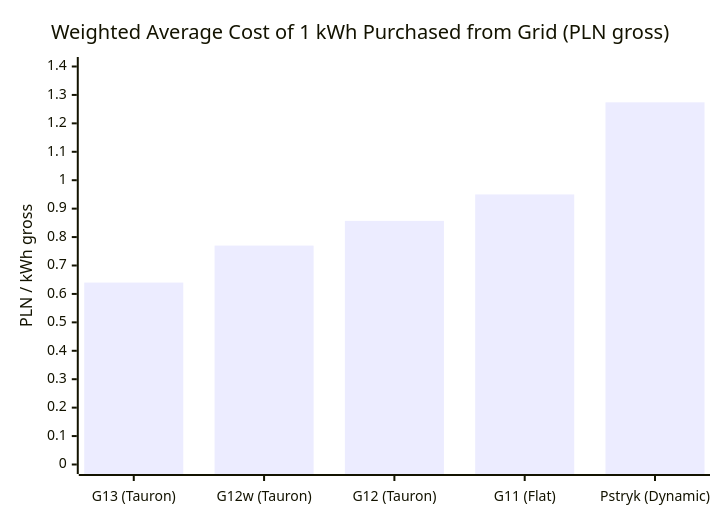
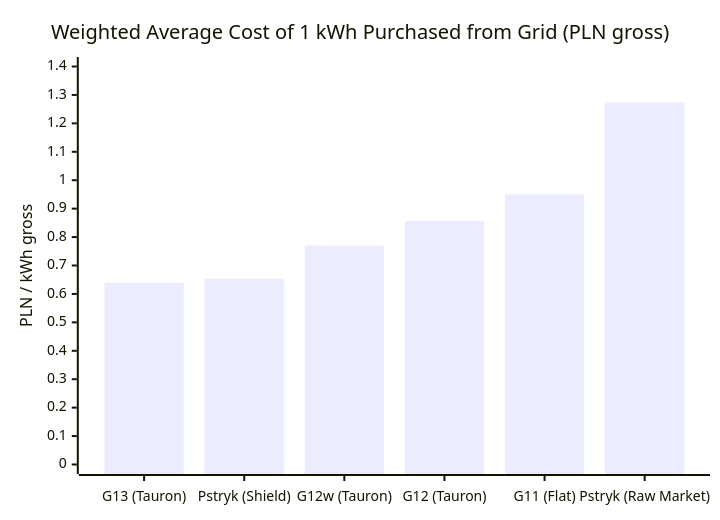
The diagram in docs/CASE_STUDY_TARIFF_BENCHMARK_G13_VS_DYNAMIC_EN.md (jannowakk/ha-smart-storage-ems), drawn with Mermaid before and after one commit. The commit also changed other lines of this file and 2 other files, not shown here.

Commit message:
docs: update tariff benchmark with Pstryk Shield and add no-battery ROI study

````diff
--- a/docs/CASE_STUDY_TARIFF_BENCHMARK_G13_VS_DYNAMIC_EN.md
+++ b/docs/CASE_STUDY_TARIFF_BENCHMARK_G13_VS_DYNAMIC_EN.md
@@ -24,7 +25,7 @@
 ```mermaid
 xychart-beta
     title "Weighted Average Cost of 1 kWh Purchased from Grid (PLN gross)"
-    x-axis ["G13 (Tauron)", "G12w (Tauron)", "G12 (Tauron)", "G11 (Flat)", "Pstryk (Dynamic)"]
+    x-axis ["G13 (Tauron)", "Pstryk (Shield)", "G12w (Tauron)", "G12 (Tauron)", "G11 (Flat)", "Pstryk (Raw Market)"]
     y-axis "PLN / kWh gross" 0 --> 1.4
-    bar [0.640, 0.770, 0.857, 0.950, 1.274]
+    bar [0.640, 0.653, 0.770, 0.857, 0.950, 1.274]
 ```
````
